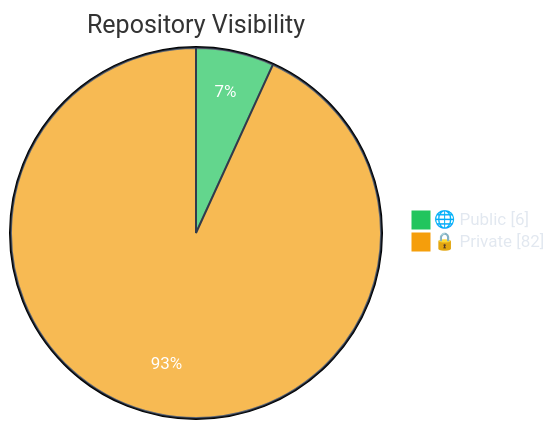
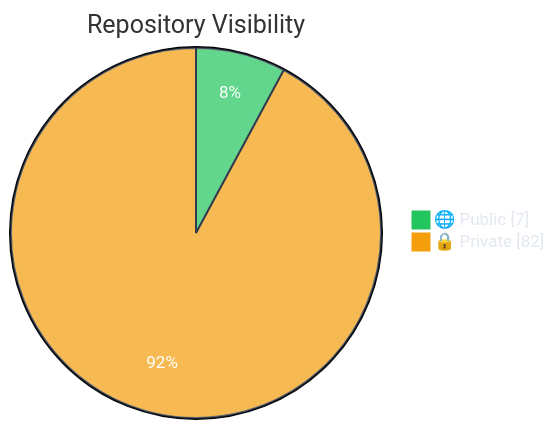
The first of 4 diagrams in README.md (polo-nyan/polo-nyan), drawn with Mermaid before and after one commit. The commit also changed other lines of this file and 1 other file, not shown here.

````diff
--- a/README.md
+++ b/README.md
@@ -83,7 +83,7 @@
 ```mermaid
 %%{init: {"theme": "base", "themeVariables": { "pie1": "#22c55e", "pie2": "#f59e0b", "pie3": "#3b82f6", "pie4": "#ec4899", "pieTextColor": "#ffffff", "pieLegendTextColor": "#e2e8f0", "pieSectionTextColor": "#ffffff", "pieStrokeColor": "#1e293b" }}}%%
 pie showData
     title Repository Visibility
-    "🌐 Public" : 6
+    "🌐 Public" : 7
     "🔒 Private" : 82
 ```
````
